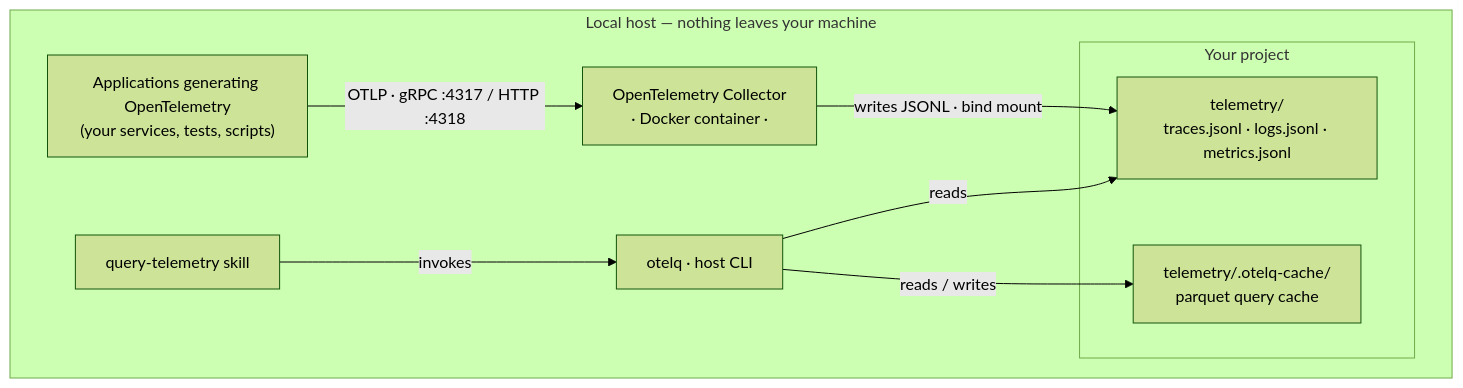
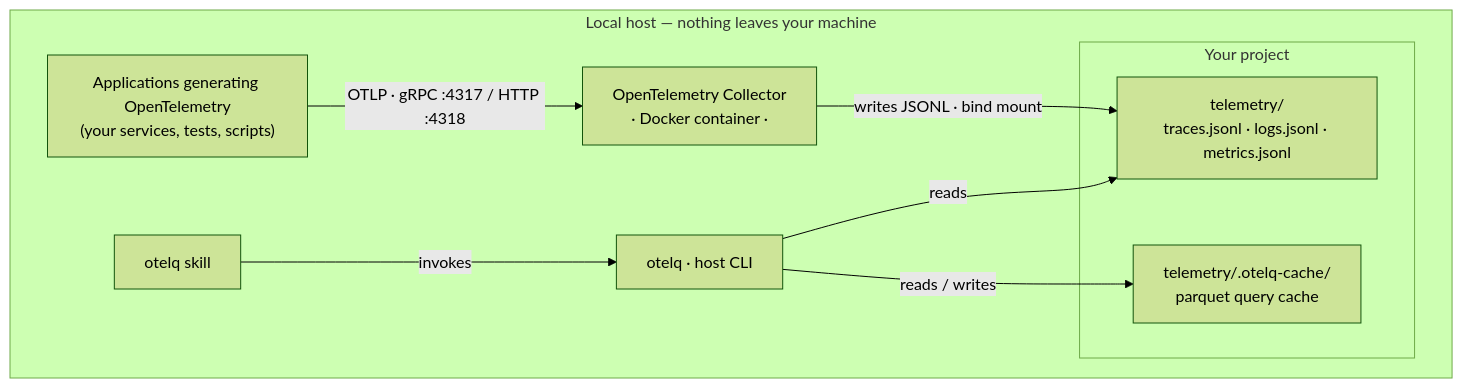
One commit to robertgartman/otelq changed the diagram in README.md. Above: the diagram before and after it, drawn with Mermaid (forest theme). The commit also changed other lines of this file and 7 other files, not shown here.

First line of the commit message:
skills: rename query-telemetry to otelq and have collector-setup install it

````diff
--- a/README.md
+++ b/README.md
@@ -55,20 +55,20 @@
 ```mermaid
 flowchart TB
   subgraph host["Local host — nothing leaves your machine"]
     apps["Applications generating OpenTelemetry<br/>(your services, tests, scripts)"]
     collector["OpenTelemetry Collector<br/>· Docker container ·"]
-    skill["query-telemetry skill"]
+    skill["otelq skill"]
     otelq["otelq · host CLI"]
 
     subgraph project["Your project"]
       signals["telemetry/<br/>traces.jsonl · logs.jsonl · metrics.jsonl"]
       cache["telemetry/.otelq-cache/<br/>parquet query cache"]
     end
   end
 
   apps -->|"OTLP · gRPC :4317 / HTTP :4318"| collector
   collector -->|"writes JSONL · bind mount"| signals
   skill -->|invokes| otelq
   otelq -->|reads| signals
   otelq -->|"reads / writes"| cache
 ```
````
